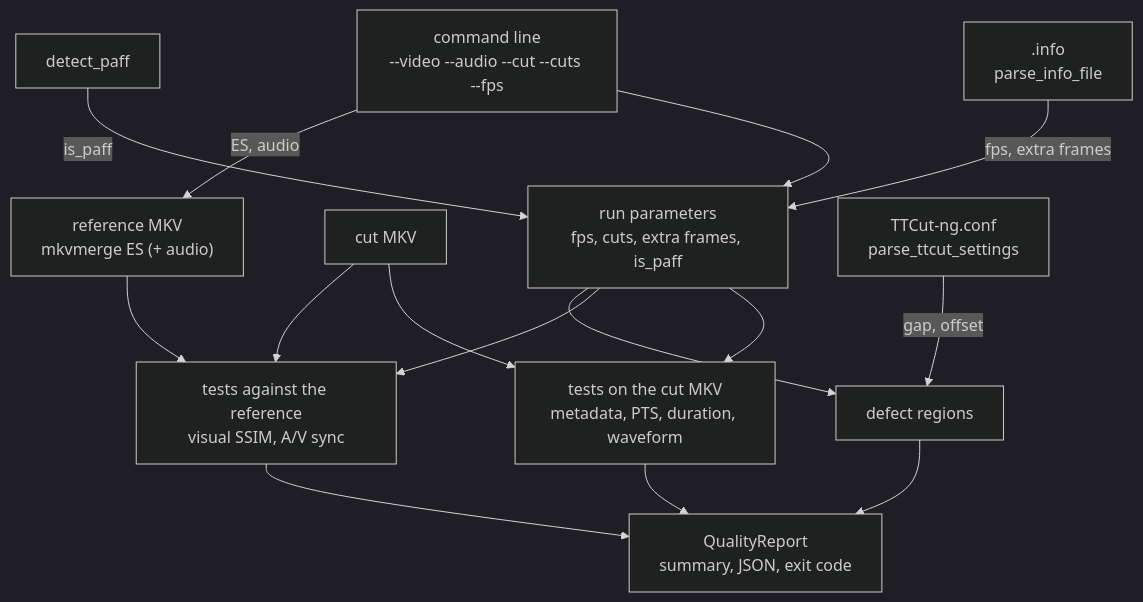
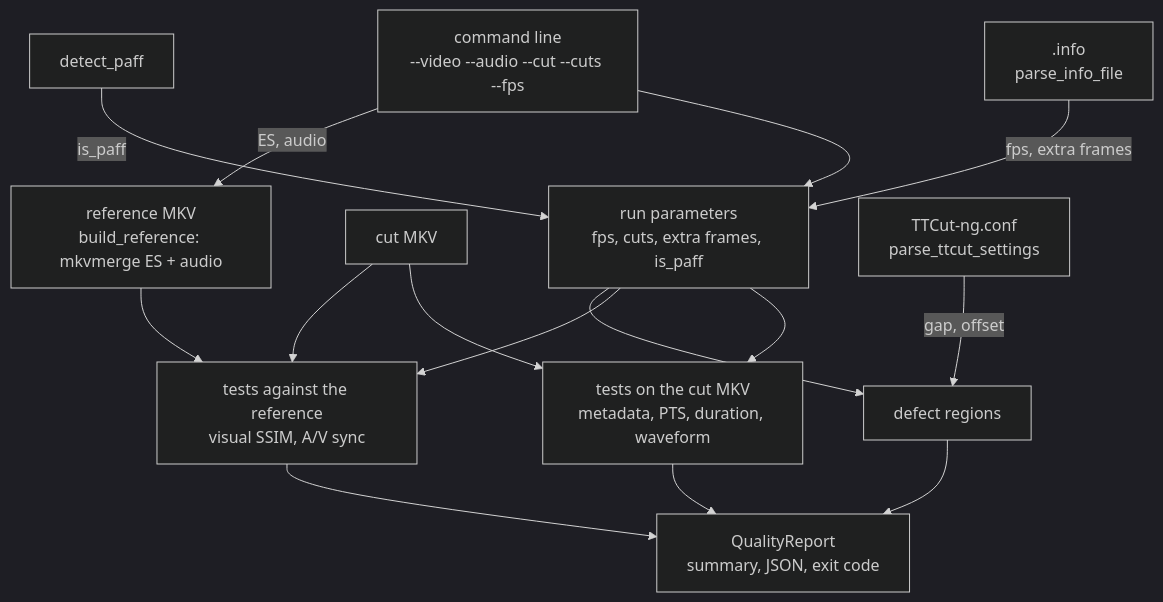
The diagram in docs/code-map/quality-check.md (MINIXJR/TTCut-ng), drawn with Mermaid (dark theme) before and after one commit. The commit also changed other lines of this file and 6 other files, not shown here.

````diff
--- a/docs/code-map/quality-check.md
+++ b/docs/code-map/quality-check.md
@@ -30,29 +30,29 @@
 ```mermaid
 flowchart TD
     ARGS["command line<br/>--video --audio --cut --cuts --fps"]
     INFO[".info<br/>parse_info_file"]
     PAFF["detect_paff"]
     CFG["run parameters<br/>fps, cuts, extra frames, is_paff"]
     CUT["cut MKV"]
-    REF["reference MKV<br/>mkvmerge ES (+ audio)"]
+    REF["reference MKV<br/>build_reference: mkvmerge ES + audio"]
     OWN["tests on the cut MKV<br/>metadata, PTS, duration, waveform"]
     CMP["tests against the reference<br/>visual SSIM, A/V sync"]
     CONF["TTCut-ng.conf<br/>parse_ttcut_settings"]
     DEF["defect regions"]
     REP["QualityReport<br/>summary, JSON, exit code"]
 
     ARGS --> CFG
     INFO -->|fps, extra frames| CFG
     PAFF -->|is_paff| CFG
     CFG --> OWN
     CFG --> CMP
     CFG --> DEF
     CUT --> OWN
     CUT --> CMP
     ARGS -->|ES, audio| REF
     REF --> CMP
     CONF -->|gap, offset| DEF
     OWN --> REP
     CMP --> REP
     DEF --> REP
 ```
````
